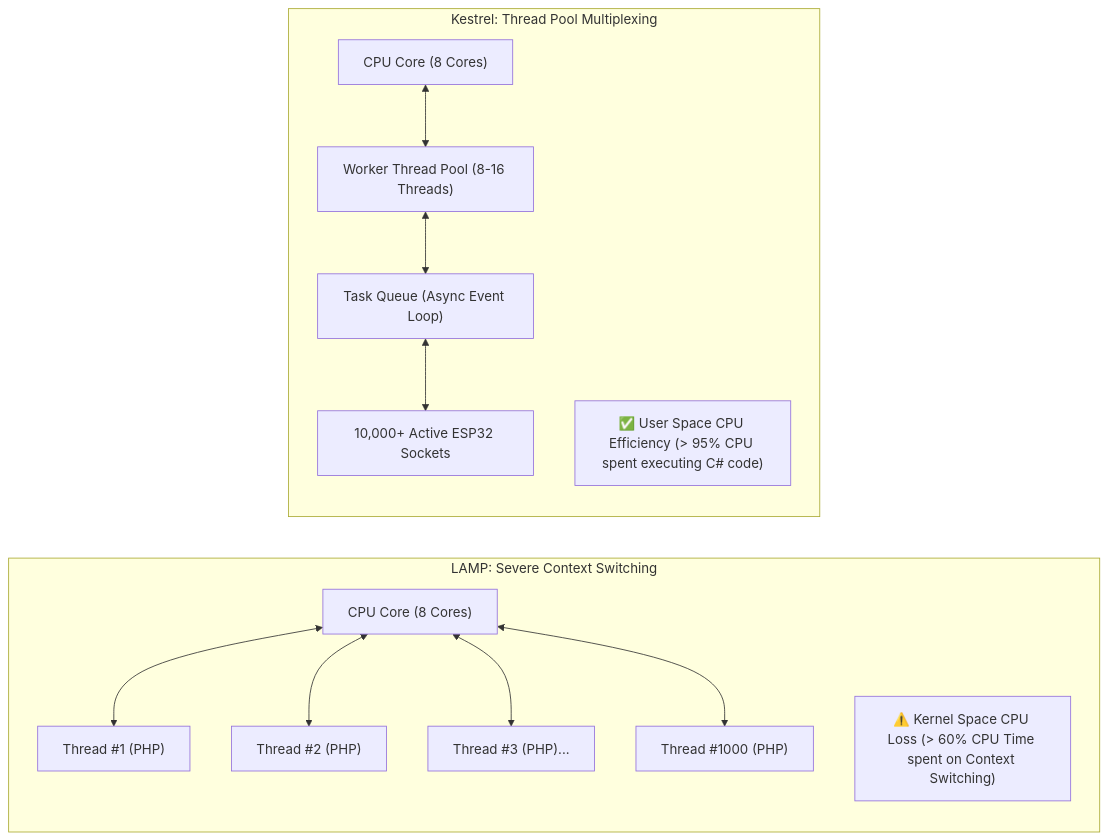
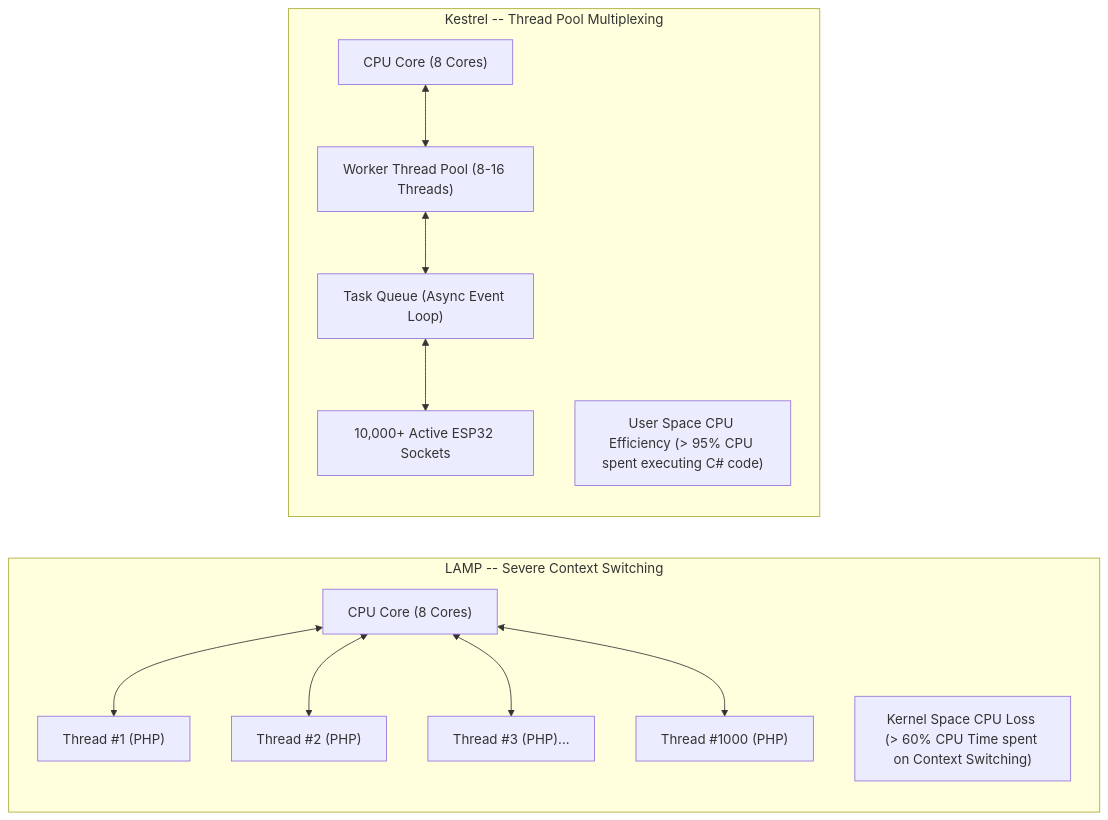
The third of 6 diagrams in 01-Edge-WebServer-and-Kestrel-Architecture.md (016Rusneeda/Week-08-Kestrel-Web-Server), drawn with Mermaid before and after one commit. The commit also changed other lines of this file and 27 other files, not shown here.

````diff
--- a/01-Edge-WebServer-and-Kestrel-Architecture.md
+++ b/01-Edge-WebServer-and-Kestrel-Architecture.md
@@ -80,17 +89,17 @@
 ```mermaid
 flowchart LR
-    subgraph LAMP_Context["LAMP: Severe Context Switching"]
+    subgraph LAMP_Context["LAMP -- Severe Context Switching"]
         CPU1["CPU Core (8 Cores)"] <--> T1["Thread #1 (PHP)"]
         CPU1 <--> T2["Thread #2 (PHP)"]
         CPU1 <--> T3["Thread #3 (PHP)..."]
         CPU1 <--> T1000["Thread #1000 (PHP)"]
-        Overhead["⚠️ Kernel Space CPU Loss (> 60% CPU Time spent on Context Switching)"]
+        Overhead["Kernel Space CPU Loss (> 60% CPU Time spent on Context Switching)"]
     end
 
-    subgraph Kestrel_Context["Kestrel: Thread Pool Multiplexing"]
+    subgraph Kestrel_Context["Kestrel -- Thread Pool Multiplexing"]
         CPU2["CPU Core (8 Cores)"] <--> WorkerPool["Worker Thread Pool (8-16 Threads)"]
         WorkerPool <--> EventQueue["Task Queue (Async Event Loop)"]
         EventQueue <--> Sockets["10,000+ Active ESP32 Sockets"]
-        Optimal["✅ User Space CPU Efficiency (> 95% CPU spent executing C# code)"]
+        Optimal["User Space CPU Efficiency (> 95% CPU spent executing C# code)"]
     end
 ```
````
